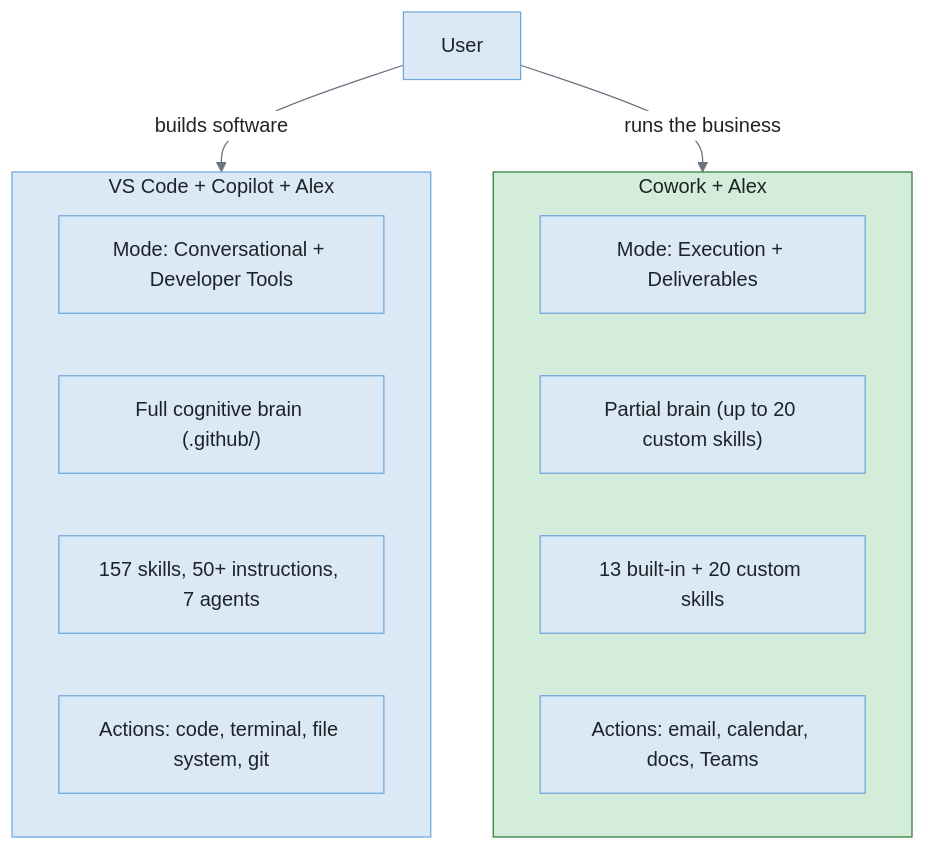
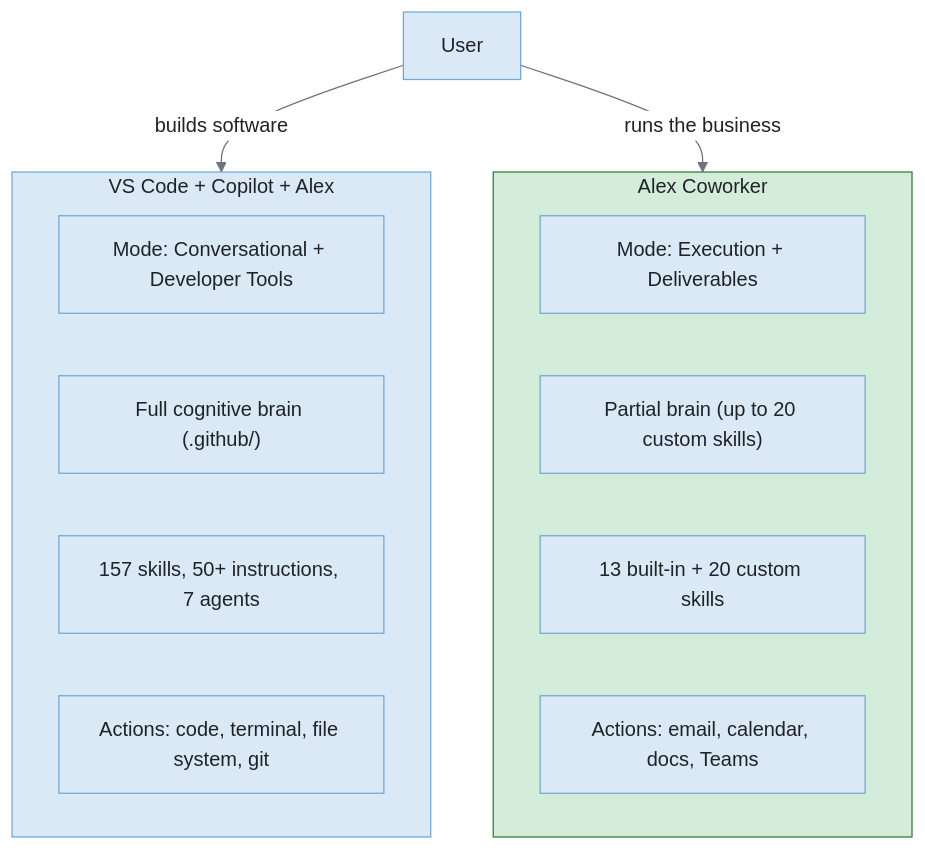
The first of 4 diagrams in alex_docs/cowork/PLATFORM-COMPARISON.md (fabioc-aloha/Alex_Plug_In), drawn with Mermaid before and after one commit. The commit also changed other lines of this file and 5 other files, not shown here.

First line of the commit message:
docs: rename Cowork heir to Alex Coworker

````diff
--- a/alex_docs/cowork/PLATFORM-COMPARISON.md
+++ b/alex_docs/cowork/PLATFORM-COMPARISON.md
@@ -9,25 +9,25 @@
 ```mermaid
 %%{init: {'theme': 'base', 'themeVariables': {'background': '#f8f9fa', 'primaryColor': '#dbe9f6', 'primaryTextColor': '#1f2328', 'primaryBorderColor': '#6ea8d9', 'lineColor': '#6b7280', 'secondaryColor': '#d4f5f7', 'secondaryBorderColor': '#5ab5a0', 'tertiaryColor': '#e6d5f0', 'tertiaryBorderColor': '#b39ddb', 'edgeLabelBackground': '#ffffff', 'fontFamily': 'Segoe UI, system-ui, sans-serif'}}}%%
 flowchart TD
     subgraph VSCODE["VS Code + Copilot + Alex"]
         direction LR
         V_MODE["Mode: Conversational + Developer Tools"]
         V_BRAIN["Full cognitive brain (.github/)"]
         V_SKILLS["157 skills, 50+ instructions, 7 agents"]
         V_ACTION["Actions: code, terminal, file system, git"]
     end
 
-    subgraph COWORK["Cowork + Alex"]
+    subgraph COWORK["Alex Coworker"]
         direction LR
         C_MODE["Mode: Execution + Deliverables"]
         C_BRAIN["Partial brain (up to 20 custom skills)"]
         C_SKILLS["13 built-in + 20 custom skills"]
         C_ACTION["Actions: email, calendar, docs, Teams"]
     end
 
     USER["User"] -->|"builds software"| VSCODE
     USER -->|"runs the business"| COWORK
 
     style VSCODE fill:#dbe9f6,stroke:#6ea8d9,color:#1f2328
     style COWORK fill:#d4edda,stroke:#2e7d32,color:#1f2328
 ```
````
